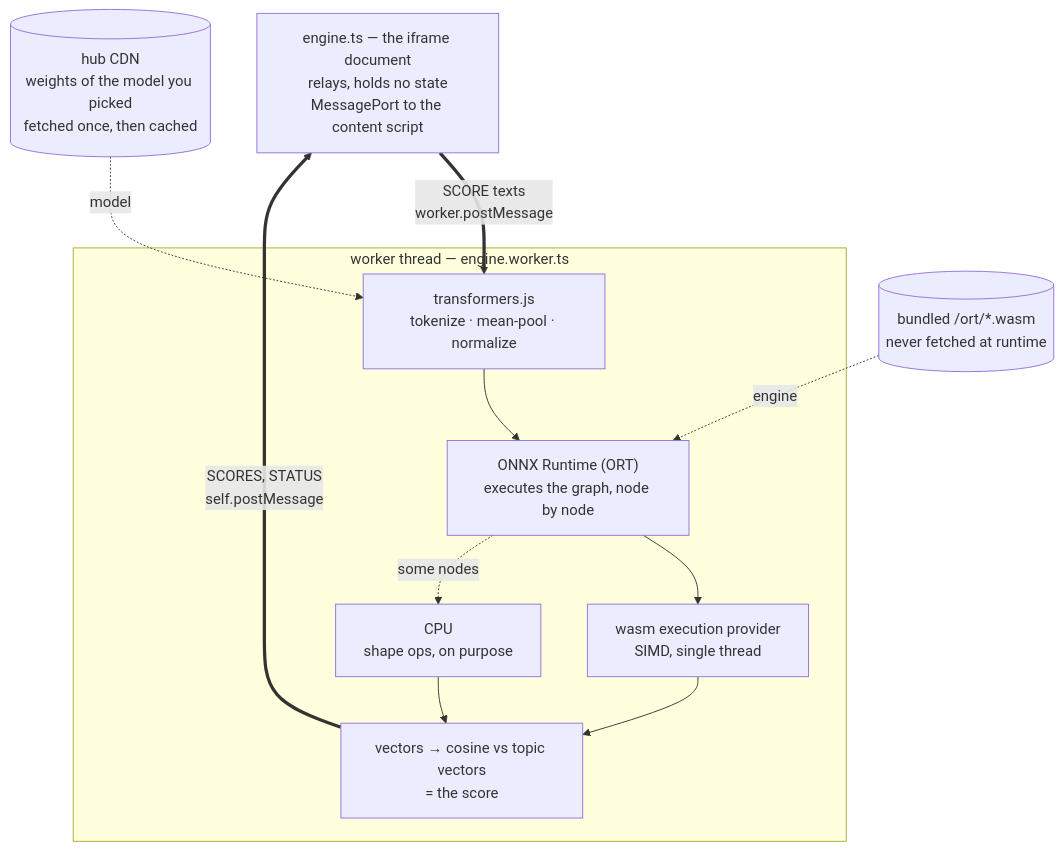
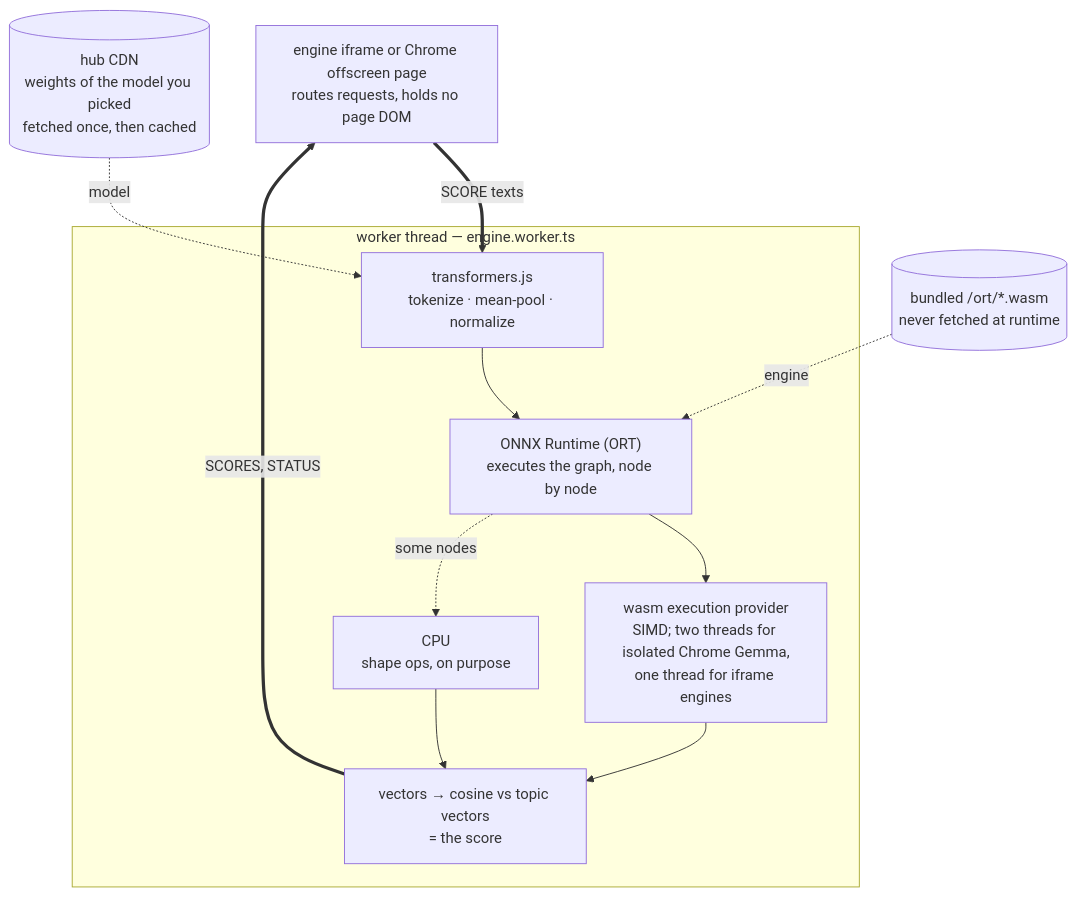
Before and after one commit to dephelion/ufeed: the second of 2 diagrams in docs/how-it-works.md, drawn with Mermaid. The commit also changed other lines of this file and 22 other files, not shown here.

First line of the commit message:
feat(engine): share Chrome Gemma session across tabs (#32)

````diff
--- a/docs/how-it-works.md
+++ b/docs/how-it-works.md
@@ -133,23 +135,23 @@
 ```mermaid
 flowchart TB
-  frame["engine.ts — the iframe document<br/>relays, holds no state<br/>MessagePort to the content script"]
+  frame["engine iframe or Chrome offscreen page<br/>routes requests, holds no page DOM"]
 
   subgraph wkr["worker thread — engine.worker.ts"]
     tj["transformers.js<br/>tokenize · mean-pool · normalize"]
     ort["ONNX Runtime (ORT)<br/>executes the graph, node by node"]
-    wasm["wasm execution provider<br/>SIMD, single thread"]
+    wasm["wasm execution provider<br/>SIMD; two threads for isolated Chrome Gemma,<br/>one thread for iframe engines"]
     cpu["CPU<br/>shape ops, on purpose"]
     out["vectors → cosine vs topic vectors<br/>= the score"]
     tj --> ort
     ort --> wasm
     ort -. "some nodes" .-> cpu
     wasm --> out
     cpu --> out
   end
 
-  frame == "SCORE texts<br/>worker.postMessage" ==> tj
-  out == "SCORES, STATUS<br/>self.postMessage" ==> frame
+  frame == "SCORE texts" ==> tj
+  out == "SCORES, STATUS" ==> frame
 
   weights[("hub CDN<br/>weights of the model you picked<br/>fetched once, then cached")] -. "model" .-> tj
   runtime[("bundled /ort/*.wasm<br/>never fetched at runtime")] -. "engine" .-> ort
 ```
````
